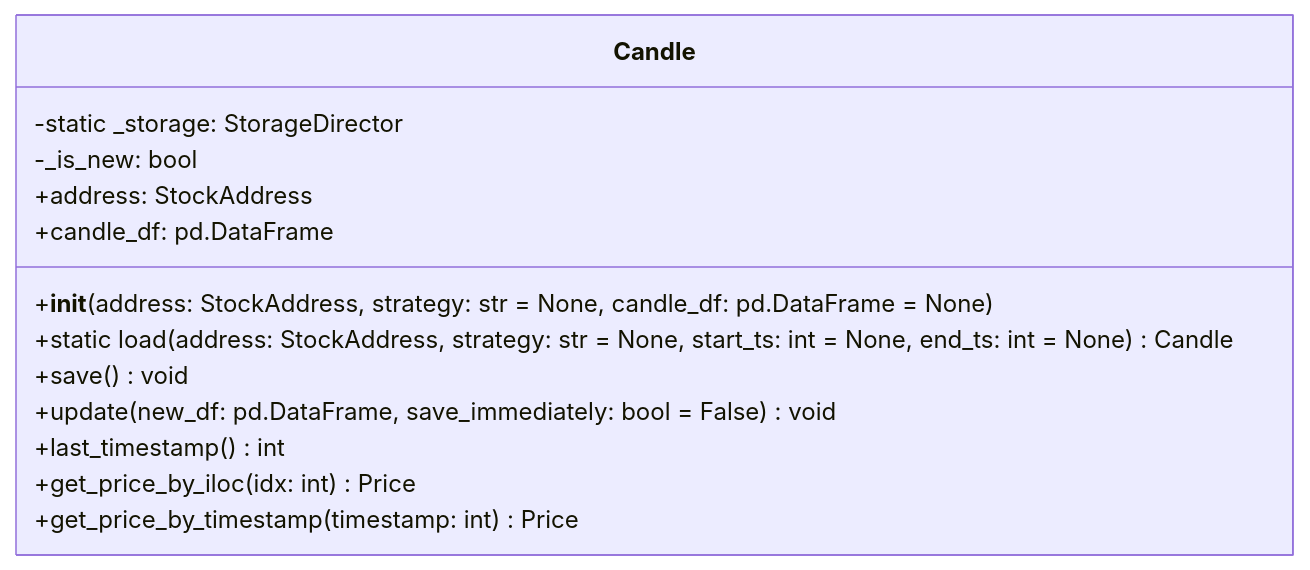
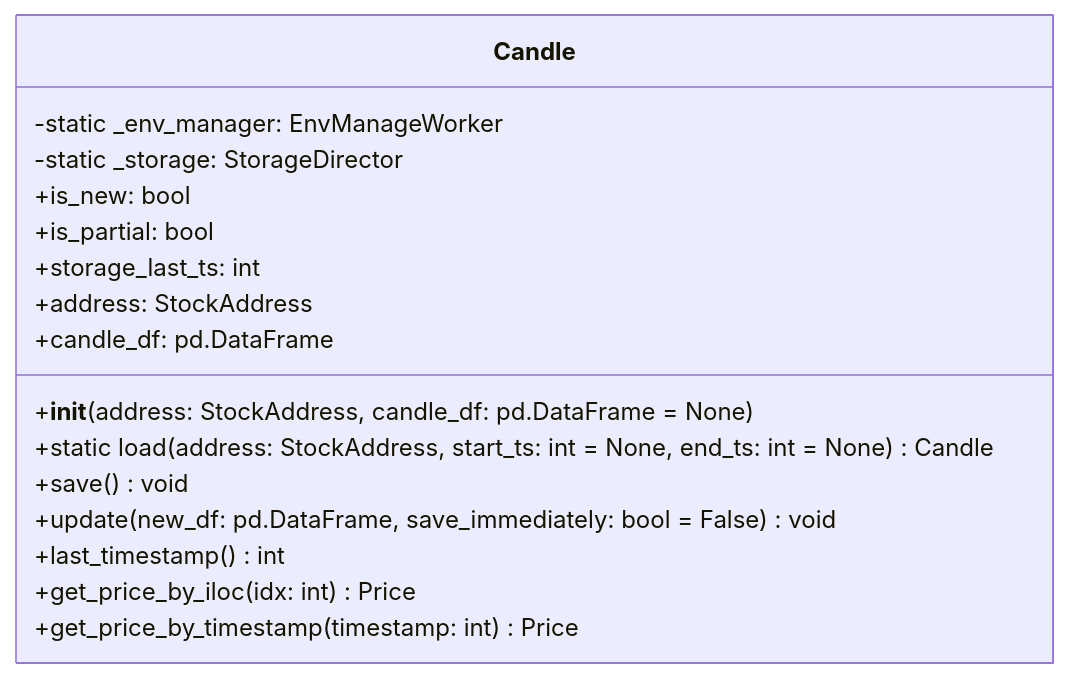
Before and after one commit to gatesplan/python-toolbox: the second of 10 diagrams in packages/financial-assets/financial_assets/candle/Architecture.md, drawn with Mermaid. The commit also changed other lines of this file and 42 other files, not shown here.

First line of the commit message:
feat(financial-assets): Candle Storage Strategy Pattern 구현 및 MySQL 지원 추가

````diff
--- a/packages/financial-assets/financial_assets/candle/Architecture.md
+++ b/packages/financial-assets/financial_assets/candle/Architecture.md
@@ -100,16 +151,19 @@
 ```mermaid
 classDiagram
     class Candle {
+        -static _env_manager: EnvManageWorker
         -static _storage: StorageDirector
-        -_is_new: bool
+        +is_new: bool
+        +is_partial: bool
+        +storage_last_ts: int
         +address: StockAddress
         +candle_df: pd.DataFrame
-        +__init__(address: StockAddress, strategy: str = None, candle_df: pd.DataFrame = None)
-        +static load(address: StockAddress, strategy: str = None, start_ts: int = None, end_ts: int = None) Candle
+        +__init__(address: StockAddress, candle_df: pd.DataFrame = None)
+        +static load(address: StockAddress, start_ts: int = None, end_ts: int = None) Candle
         +save() void
         +update(new_df: pd.DataFrame, save_immediately: bool = False) void
         +last_timestamp() int
         +get_price_by_iloc(idx: int) Price
         +get_price_by_timestamp(timestamp: int) Price
     }
 ```
````
